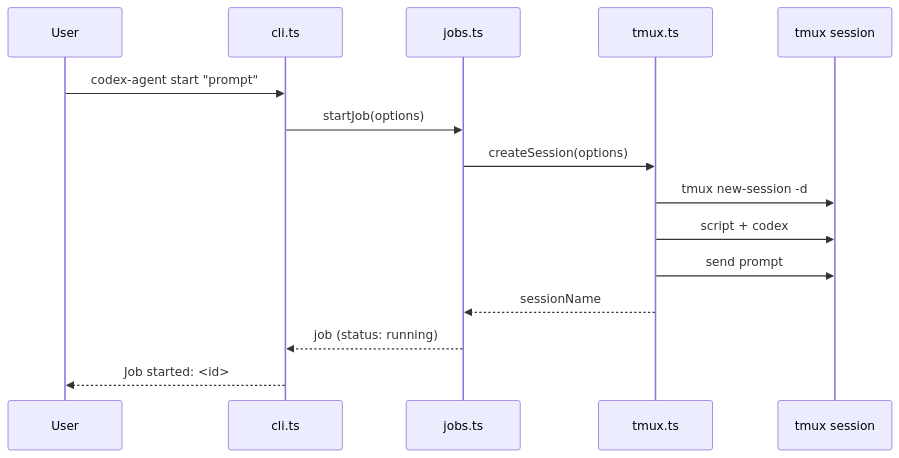
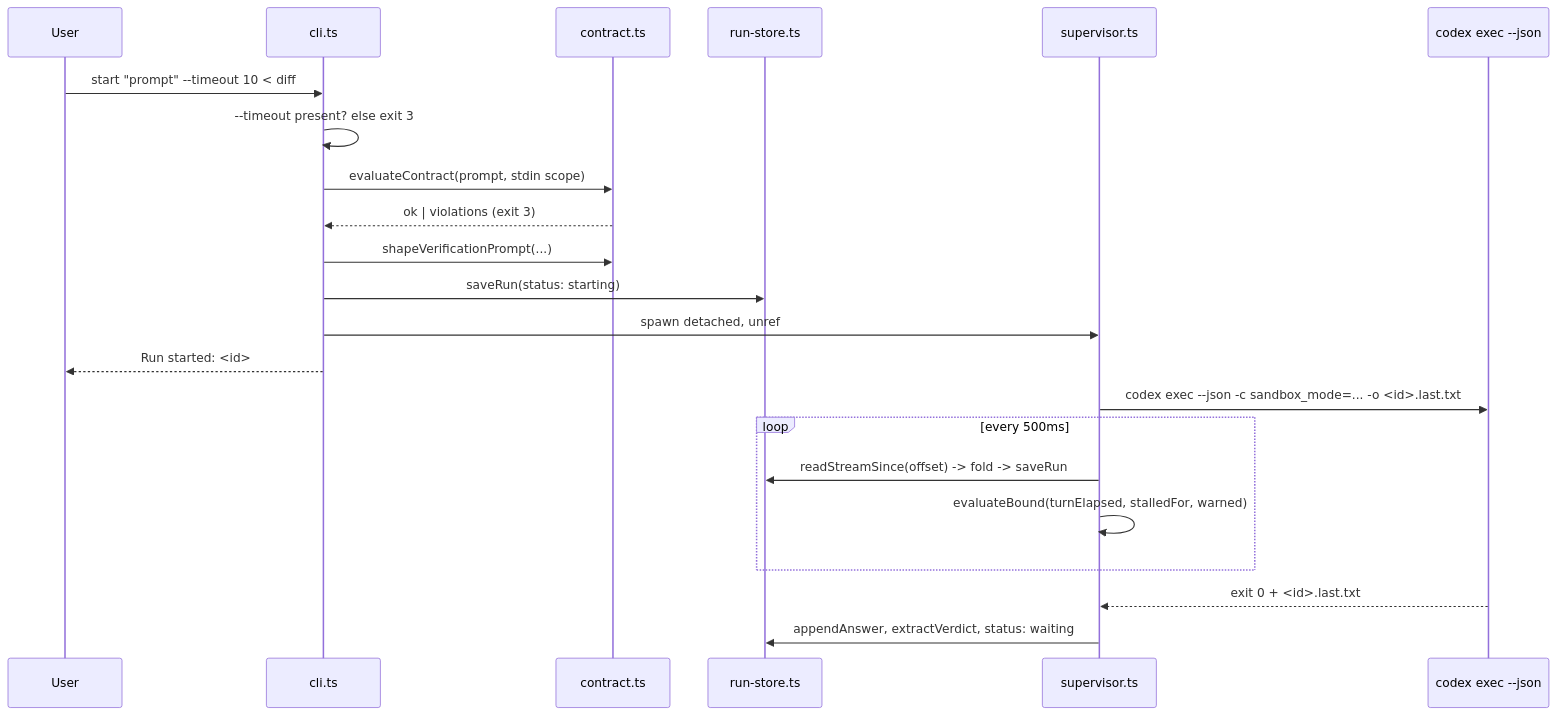
The second of 3 diagrams in docs/CODEBASE_MAP.md (lachiejames/codex-agent), drawn with Mermaid before and after one commit. The commit also changed other lines of this file and 59 other files, not shown here.

First line of the commit message:
Replace the tmux TUI transport with codex exec --json

````diff
--- a/docs/CODEBASE_MAP.md
+++ b/docs/CODEBASE_MAP.md
@@ -257,18 +384,25 @@
 ```mermaid
 sequenceDiagram
     participant User
     participant CLI as cli.ts
-    participant Jobs as jobs.ts
-    participant Tmux as tmux.ts
-    participant Session as tmux session
+    participant Contract as contract.ts
+    participant Store as run-store.ts
+    participant Sup as supervisor.ts
+    participant Codex as codex exec --json
 
-    User->>CLI: codex-agent start "prompt"
-    CLI->>Jobs: startJob(options)
-    Jobs->>Tmux: createSession(options)
-    Tmux->>Session: tmux new-session -d
-    Tmux->>Session: script + codex
-    Tmux->>Session: send prompt
-    Tmux-->>Jobs: sessionName
-    Jobs-->>CLI: job (status: running)
-    CLI-->>User: Job started: <id>
+    User->>CLI: start "prompt" --timeout 10 < diff
+    CLI->>CLI: --timeout present? else exit 3
+    CLI->>Contract: evaluateContract(prompt, stdin scope)
+    Contract-->>CLI: ok | violations (exit 3)
+    CLI->>Contract: shapeVerificationPrompt(...)
+    CLI->>Store: saveRun(status: starting)
+    CLI->>Sup: spawn detached, unref
+    CLI-->>User: Run started: <id>
+    Sup->>Codex: codex exec --json -c sandbox_mode=... -o <id>.last.txt
+    loop every 500ms
+        Sup->>Store: readStreamSince(offset) -> fold -> saveRun
+        Sup->>Sup: evaluateBound(turnElapsed, stalledFor, warned)
+    end
+    Codex-->>Sup: exit 0 + <id>.last.txt
+    Sup->>Store: appendAnswer, extractVerdict, status: waiting
 ```
````
